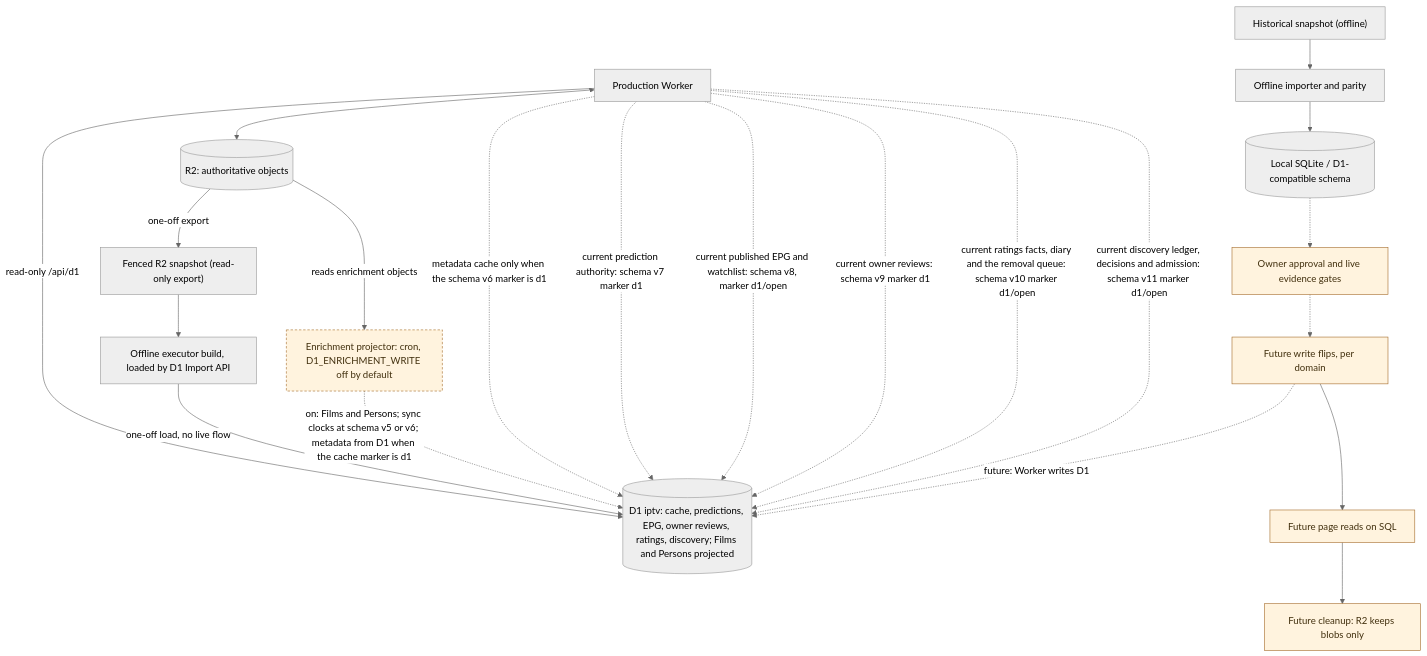
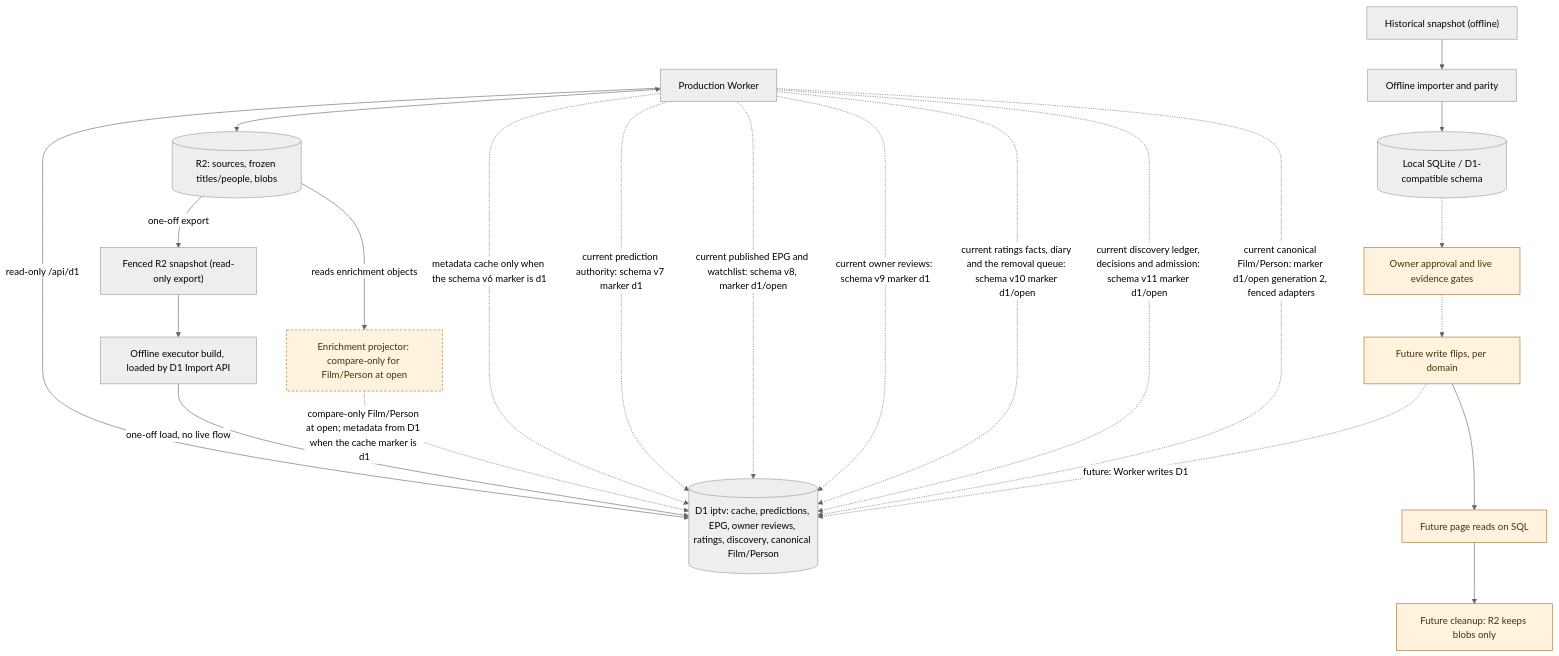
The diagram in docs/architecture/persistence-and-migration.md (vladimino/iptv-watchlist), drawn with Mermaid (neutral theme) before and after one commit. The commit also changed other lines of this file and 5 other files, not shown here.

First line of the commit message:
docs: reconcile current Film/Person diagrams with d1/open

````diff
--- a/docs/architecture/persistence-and-migration.md
+++ b/docs/architecture/persistence-and-migration.md
@@ -5,34 +5,35 @@
 ```mermaid
 flowchart TD
     worker["Production Worker"]
-    r2[("R2: authoritative objects")]
+    r2[("R2: sources, frozen titles/people, blobs")]
     archive["Historical snapshot (offline)"]
     importer["Offline importer and parity"]
     local[("Local SQLite / D1-compatible schema")]
     gate["Owner approval and live evidence gates"]
     snapshot["Fenced R2 snapshot (read-only export)"]
     reload["Offline executor build, loaded by D1 Import API"]
-    d1[("D1 iptv: cache, predictions, EPG, owner reviews, ratings, discovery; Films and Persons projected")]
-    projector["Enrichment projector: cron, D1_ENRICHMENT_WRITE off by default"]
+    d1[("D1 iptv: cache, predictions, EPG, owner reviews, ratings, discovery, canonical Film/Person")]
+    projector["Enrichment projector: compare-only for Film/Person at open"]
     flipWrite["Future write flips, per domain"]
     flipRead["Future page reads on SQL"]
     retire["Future cleanup: R2 keeps blobs only"]
     worker <--> r2
     worker -->|read-only /api/d1| d1
     archive --> importer --> local
     local -.-> gate
     r2 -->|one-off export| snapshot --> reload -->|one-off load, no live flow| d1
-    r2 -->|reads enrichment objects| projector -.->|on: Films and Persons; sync clocks at schema v5 or v6; metadata from D1 when the cache marker is d1| d1
+    r2 -->|reads enrichment objects| projector -.->|compare-only Film/Person at open; metadata from D1 when the cache marker is d1| d1
     worker -.->|metadata cache only when the schema v6 marker is d1| d1
     worker -.->|current prediction authority: schema v7 marker d1| d1
     worker -.->|current published EPG and watchlist: schema v8, marker d1/open| d1
     worker -.->|current owner reviews: schema v9 marker d1| d1
     worker -.->|current ratings facts, diary and the removal queue: schema v10 marker d1/open| d1
     worker -.->|current discovery ledger, decisions and admission: schema v11 marker d1/open| d1
+    worker -.->|current canonical Film/Person: marker d1/open generation 2, fenced adapters| d1
     gate -.-> flipWrite -.->|future: Worker writes D1| d1
     flipWrite --> flipRead --> retire
     classDef future fill:#fff3de,stroke:#a56c2b,color:#42300e
     classDef gated fill:#fff3de,stroke:#a56c2b,color:#42300e,stroke-dasharray:4 3
     class gate,flipWrite,flipRead,retire future
     class projector gated
 ```
````
